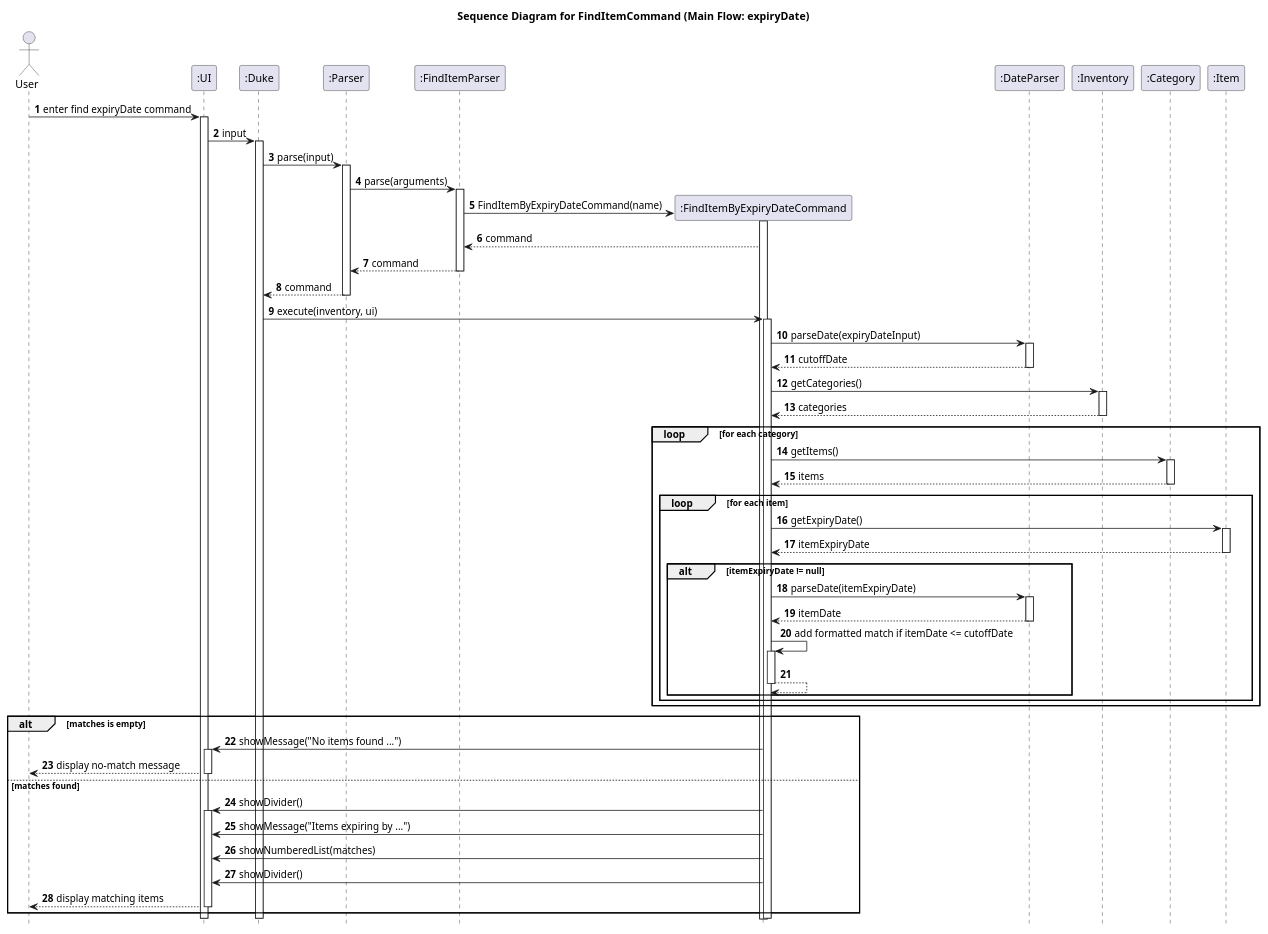
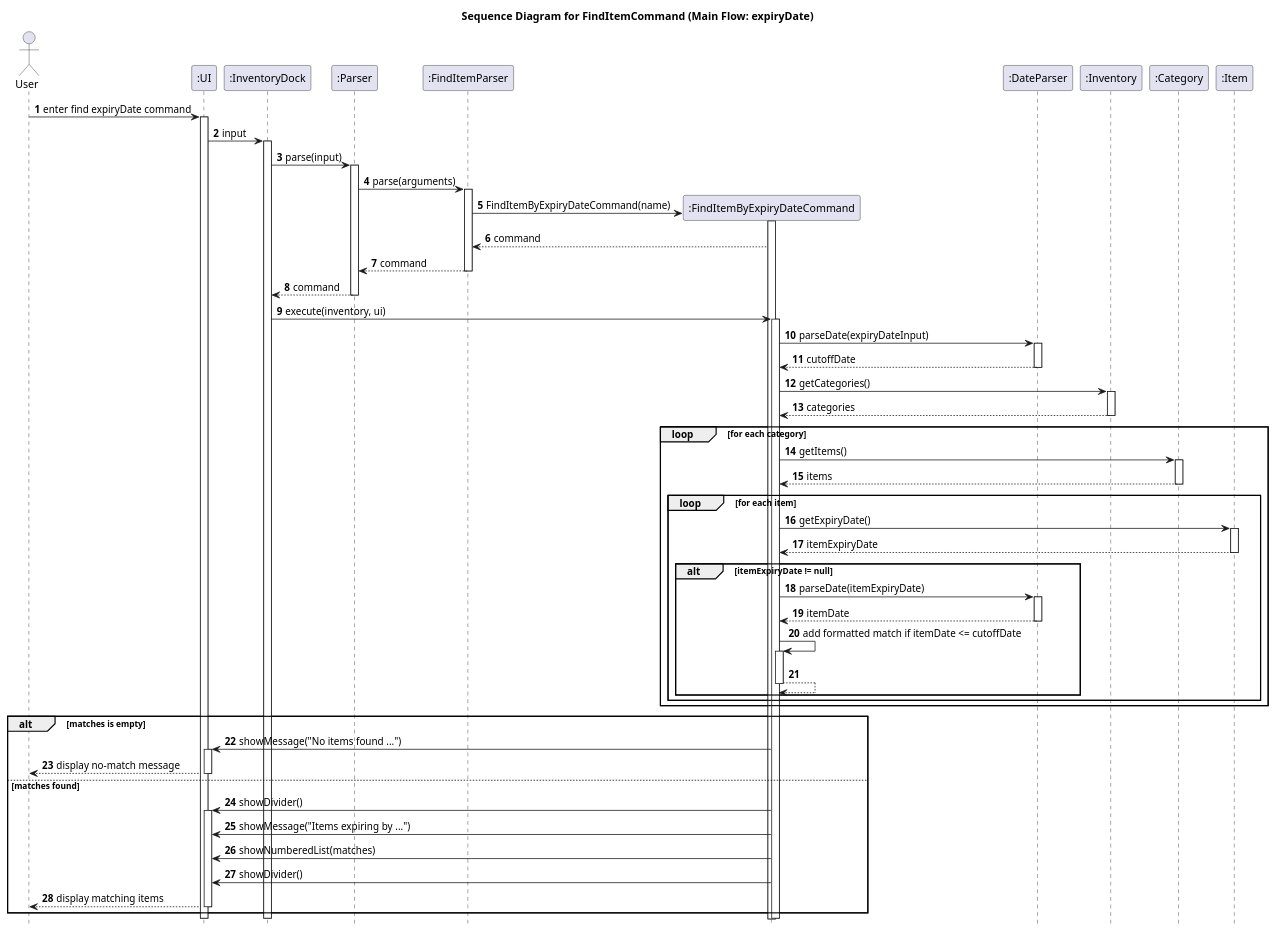
Before and after one commit to yueyang1111/tp: the diagram in docs/diagrams/FindItemCommandMainFlow.puml, drawn with PlantUML. The commit also changed other lines of this file and 42 other files, not shown here.

Commit message:
Update name for diagrams

```diff
--- a/docs/diagrams/FindItemCommandMainFlow.puml
+++ b/docs/diagrams/FindItemCommandMainFlow.puml
@@ -1,92 +1,92 @@
 @startuml
 title Sequence Diagram for FindItemCommand (Main Flow: expiryDate)
 
 autonumber
 hide footbox
 
 actor User
 participant ":UI" as UI
-participant ":Duke" as Duke
+participant ":InventoryDock" as InventoryDock
 participant ":Parser" as Parser
 participant ":FindItemParser" as FindItemParser
 participant ":FindItemByExpiryDateCommand" as FindItemByExpiryDateCommand
 participant ":DateParser" as DateParser
 participant ":Inventory" as Inventory
 participant ":Category" as Category
 participant ":Item" as Item
 
 User -> UI: enter find expiryDate command
 activate UI
-UI -> Duke: input
-activate Duke
-Duke -> Parser: parse(input)
+UI -> InventoryDock: input
+activate InventoryDock
+InventoryDock -> Parser: parse(input)
 activate Parser
 
 Parser -> FindItemParser: parse(arguments)
 activate FindItemParser
 create FindItemByExpiryDateCommand
 FindItemParser -> FindItemByExpiryDateCommand: FindItemByExpiryDateCommand(name)
 activate FindItemByExpiryDateCommand
 FindItemByExpiryDateCommand --> FindItemParser: command
 FindItemParser --> Parser: command
 deactivate FindItemParser
-Parser --> Duke: command
+Parser --> InventoryDock: command
 deactivate Parser
 
-Duke -> FindItemByExpiryDateCommand: execute(inventory, ui)
+InventoryDock -> FindItemByExpiryDateCommand: execute(inventory, ui)
 activate FindItemByExpiryDateCommand
 FindItemByExpiryDateCommand -> DateParser: parseDate(expiryDateInput)
 activate DateParser
 DateParser --> FindItemByExpiryDateCommand: cutoffDate
 deactivate DateParser
 
 FindItemByExpiryDateCommand -> Inventory: getCategories()
 activate Inventory
 Inventory --> FindItemByExpiryDateCommand: categories
 deactivate Inventory
 
 loop for each category
     FindItemByExpiryDateCommand -> Category: getItems()
     activate Category
     Category --> FindItemByExpiryDateCommand: items
     deactivate Category
 
     loop for each item
         FindItemByExpiryDateCommand -> Item: getExpiryDate()
         activate Item
         Item --> FindItemByExpiryDateCommand: itemExpiryDate
         deactivate Item
 
         alt itemExpiryDate != null
             FindItemByExpiryDateCommand -> DateParser: parseDate(itemExpiryDate)
             activate DateParser
             DateParser --> FindItemByExpiryDateCommand: itemDate
             deactivate DateParser
 
             FindItemByExpiryDateCommand -> FindItemByExpiryDateCommand: add formatted match if itemDate <= cutoffDate
             activate FindItemByExpiryDateCommand
             FindItemByExpiryDateCommand --> FindItemByExpiryDateCommand
             deactivate FindItemByExpiryDateCommand
         end
     end
 end
 
 alt matches is empty
     FindItemByExpiryDateCommand -> UI: showMessage("No items found ...")
     activate UI
     UI --> User: display no-match message
     deactivate UI
 else matches found
     FindItemByExpiryDateCommand -> UI: showDivider()
     activate UI
     FindItemByExpiryDateCommand -> UI: showMessage("Items expiring by ...")
     FindItemByExpiryDateCommand -> UI: showNumberedList(matches)
     FindItemByExpiryDateCommand -> UI: showDivider()
     UI --> User: display matching items
     deactivate UI
 end
 
 deactivate FindItemByExpiryDateCommand
-deactivate Duke
+deactivate InventoryDock
 deactivate UI
 @enduml
```
